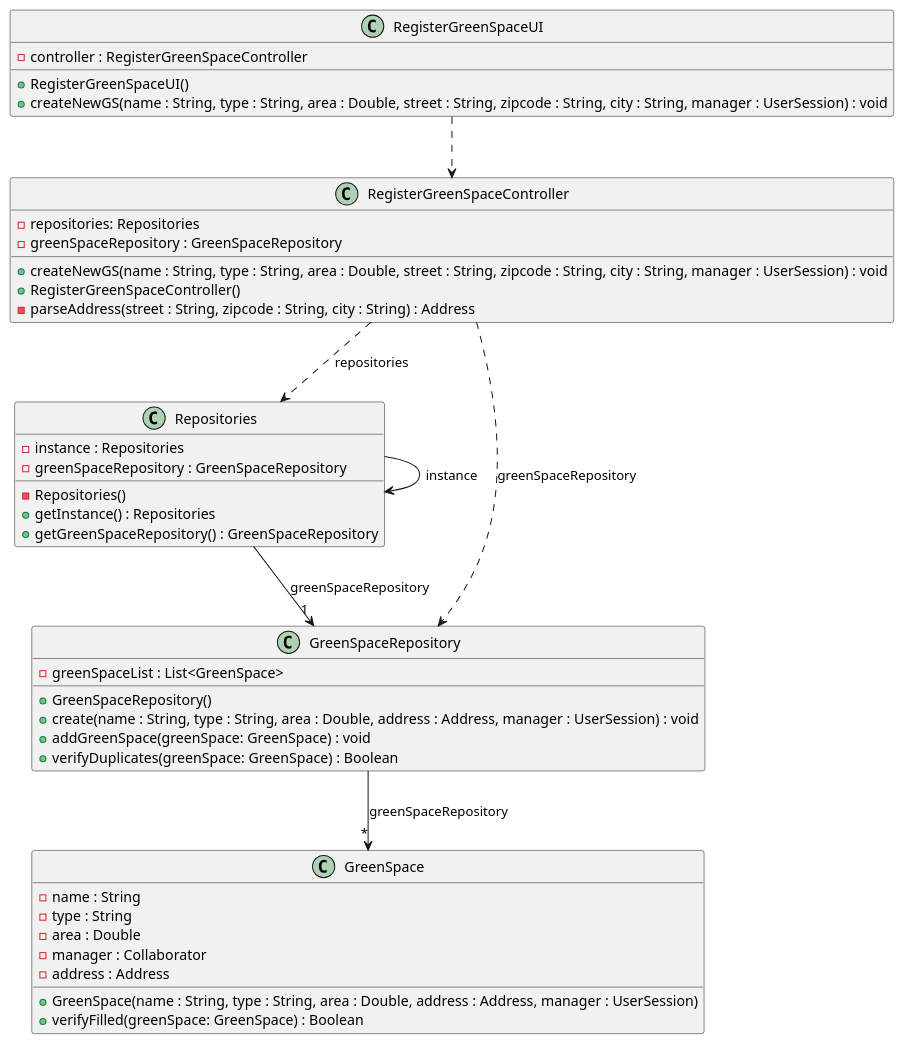
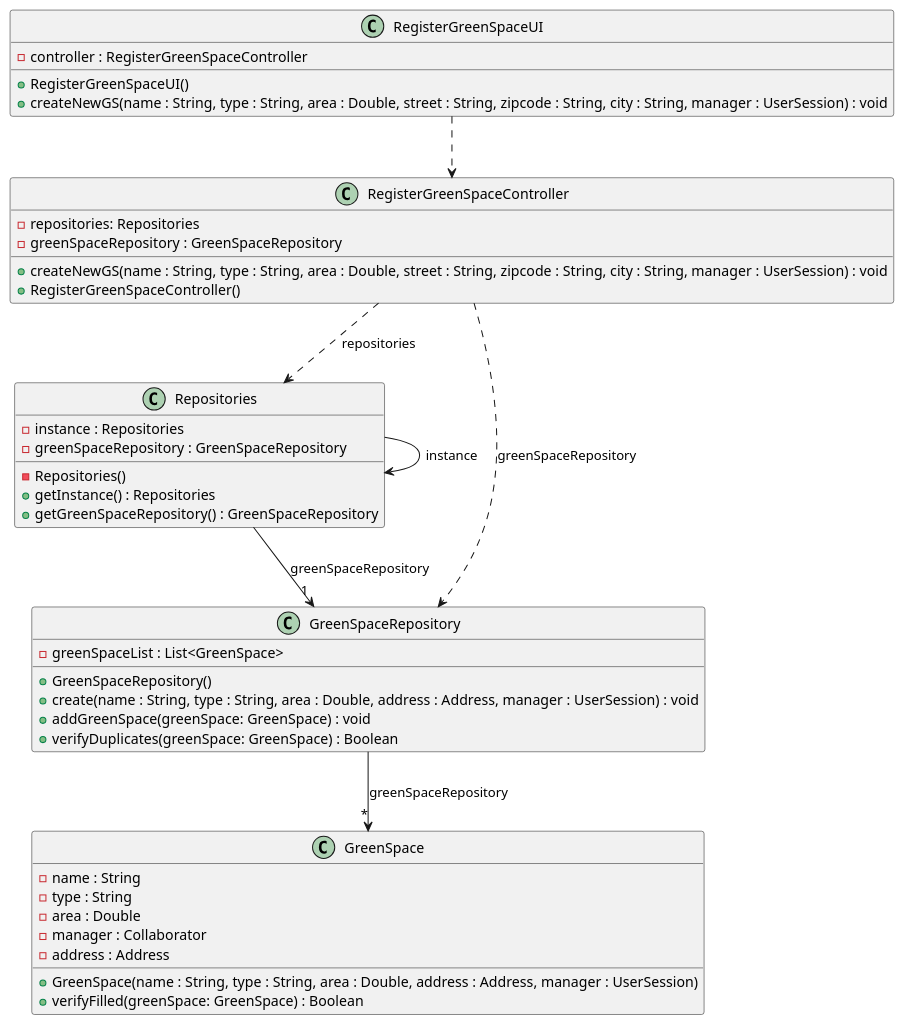
One commit to ricardomm7/leaflink changed the diagram in docs/sprintC/us020/03.design/puml/us020-class-diagram.puml. Above: the diagram before and after it, drawn with PlantUML. The commit also changed 21 other files, not shown here.

```diff
--- a/docs/sprintC/us020/03.design/puml/us020-class-diagram.puml
+++ b/docs/sprintC/us020/03.design/puml/us020-class-diagram.puml
@@ -1,55 +1,55 @@
 @startuml
 skinparam shadowing false
 skinparam line type polyline
 
 'left to right direction
 
     class RegisterGreenSpaceUI {
         - controller : RegisterGreenSpaceController
         + RegisterGreenSpaceUI()
         + createNewGS(name : String, type : String, area : Double, street : String, zipcode : String, city : String, manager : UserSession) : void
+        '- parseAddress(street : String, zipcode : String, city : String) : Address
     }
 
     class RegisterGreenSpaceController {
         - repositories: Repositories
         - greenSpaceRepository : GreenSpaceRepository
         + createNewGS(name : String, type : String, area : Double, street : String, zipcode : String, city : String, manager : UserSession) : void
         + RegisterGreenSpaceController()
-        - parseAddress(street : String, zipcode : String, city : String) : Address
     }
 
     class Repositories {
         - instance : Repositories
         - greenSpaceRepository : GreenSpaceRepository
         - Repositories()
         + getInstance() : Repositories
         + getGreenSpaceRepository() : GreenSpaceRepository
     }
 
     class GreenSpaceRepository {
         - greenSpaceList : List<GreenSpace>
 
         + GreenSpaceRepository()
         + create(name : String, type : String, area : Double, address : Address, manager : UserSession) : void
         + addGreenSpace(greenSpace: GreenSpace) : void
         + verifyDuplicates(greenSpace: GreenSpace) : Boolean
     }
 
     class GreenSpace {
         - name : String
         - type : String
         - area : Double
         - manager : Collaborator
         - address : Address
         + GreenSpace(name : String, type : String, area : Double, address : Address, manager : UserSession)
         + verifyFilled(greenSpace: GreenSpace) : Boolean
     }
 
 RegisterGreenSpaceUI ..> RegisterGreenSpaceController
 RegisterGreenSpaceController ..> Repositories: repositories
 Repositories --> Repositories: instance
 RegisterGreenSpaceController ..> GreenSpaceRepository: greenSpaceRepository
 Repositories --> "1"GreenSpaceRepository: greenSpaceRepository
 GreenSpaceRepository -->"*" GreenSpace: greenSpaceRepository
 
 @enduml
```
